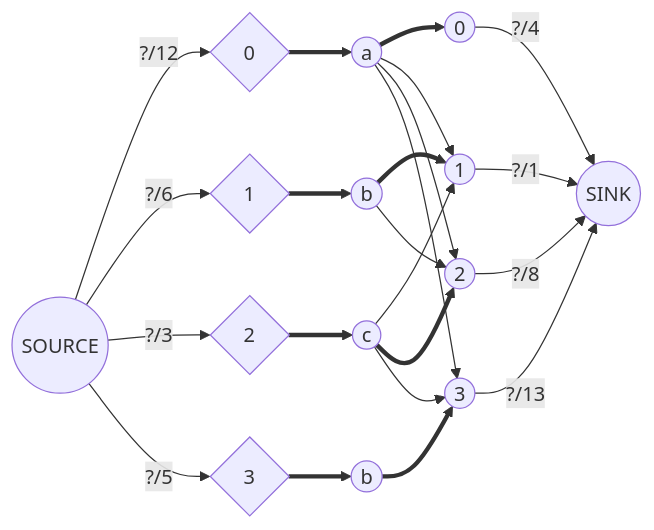
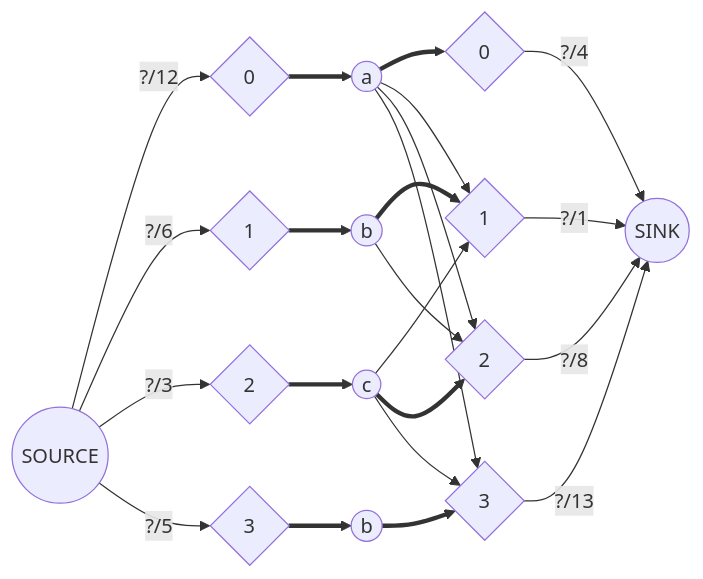
The second of 2 diagrams in vault/sem2/AuW/UE/cx/bf/cx09-bf.md (bfeitknecht/vault), drawn with Mermaid before and after one commit. The commit also changed other lines of this file, not shown here.

Commit message:
vault backup: 2024-05-18 22:13:37 from MacBook Pro (echo)
Affected files:
vault/sem2/AuW/UE/cx/bf/cx09-bf.md

````diff
--- a/vault/sem2/AuW/UE/cx/bf/cx09-bf.md
+++ b/vault/sem2/AuW/UE/cx/bf/cx09-bf.md
@@ -22,52 +24,52 @@
 ```mermaid
 flowchart LR
 
 idF(("SOURCE"))
 idT(("SINK"))
 
 %% from
 idf0{0}
 idf1{1}
 idf2{2}
 idf3{3}
 
 %% to
-idt0((0))
-idt1((1))
-idt2((2))
-idt3((3))
+idt0{0}
+idt1{1}
+idt2{2}
+idt3{3}
 
 %% variety
 id0a((a))
 id1b((b))
 id2c((c))
 id3b((b))
 
 %%%%%%%%%%%%%%%%%%%%%%%%%%%%%%%%%%%%%%%%%%%%
 
 idF -->|"?/12"| idf0
 idF -->|"?/6"| idf1
 idF -->|"?/3"| idf2
 idF -->|"?/5"| idf3
 
 idt0 -->|"?/4"| idT
 idt1 -->|"?/1"| idT
 idt2 -->|"?/8"| idT
 idt3 -->|"?/13"| idT
 
+
 idf0 ==> id0a ==> idt0
 
 id0a --> idt1
 idf1 ==> id1b ==> idt1
 id2c --> idt1
 
 id0a --> idt2
 id1b --> idt2
 idf2 ==> id2c ==> idt2
 
 id0a --> idt3
 idf3 ==> id3b ==> idt3
 id2c --> idt3
 
-
 ```
````
